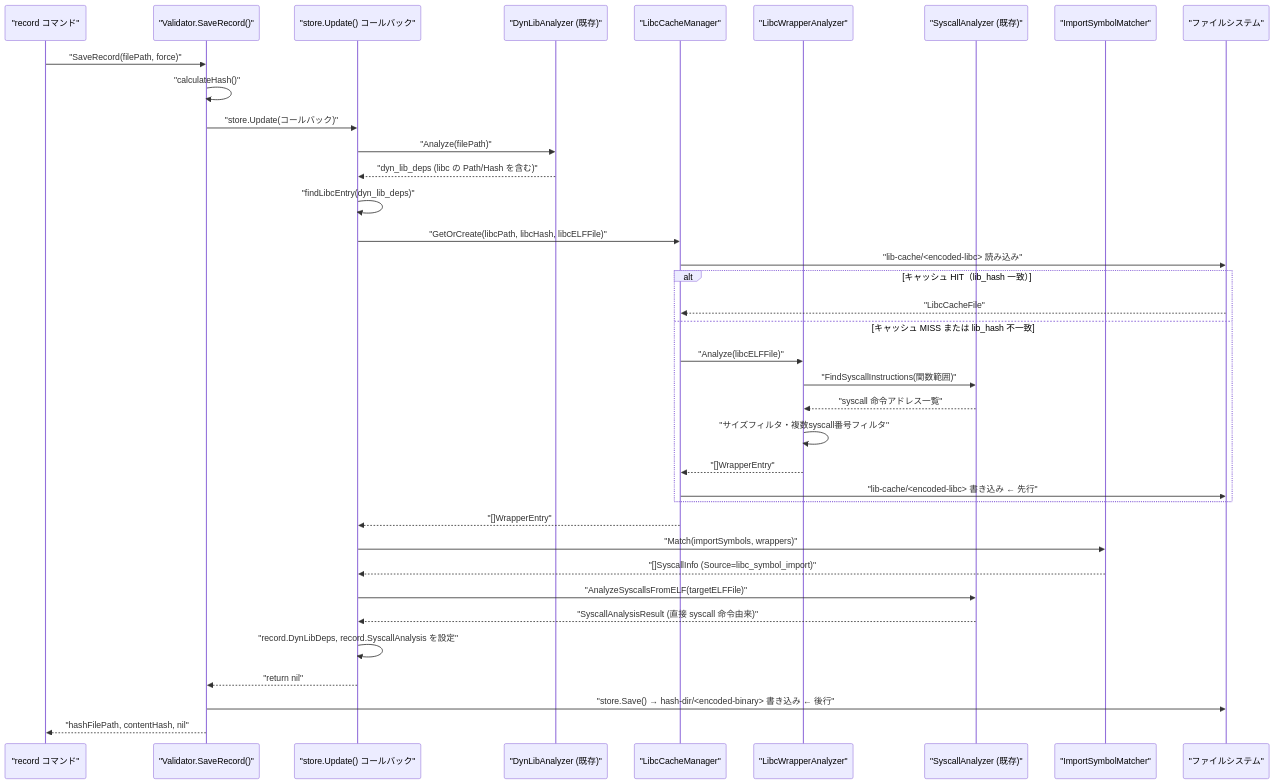
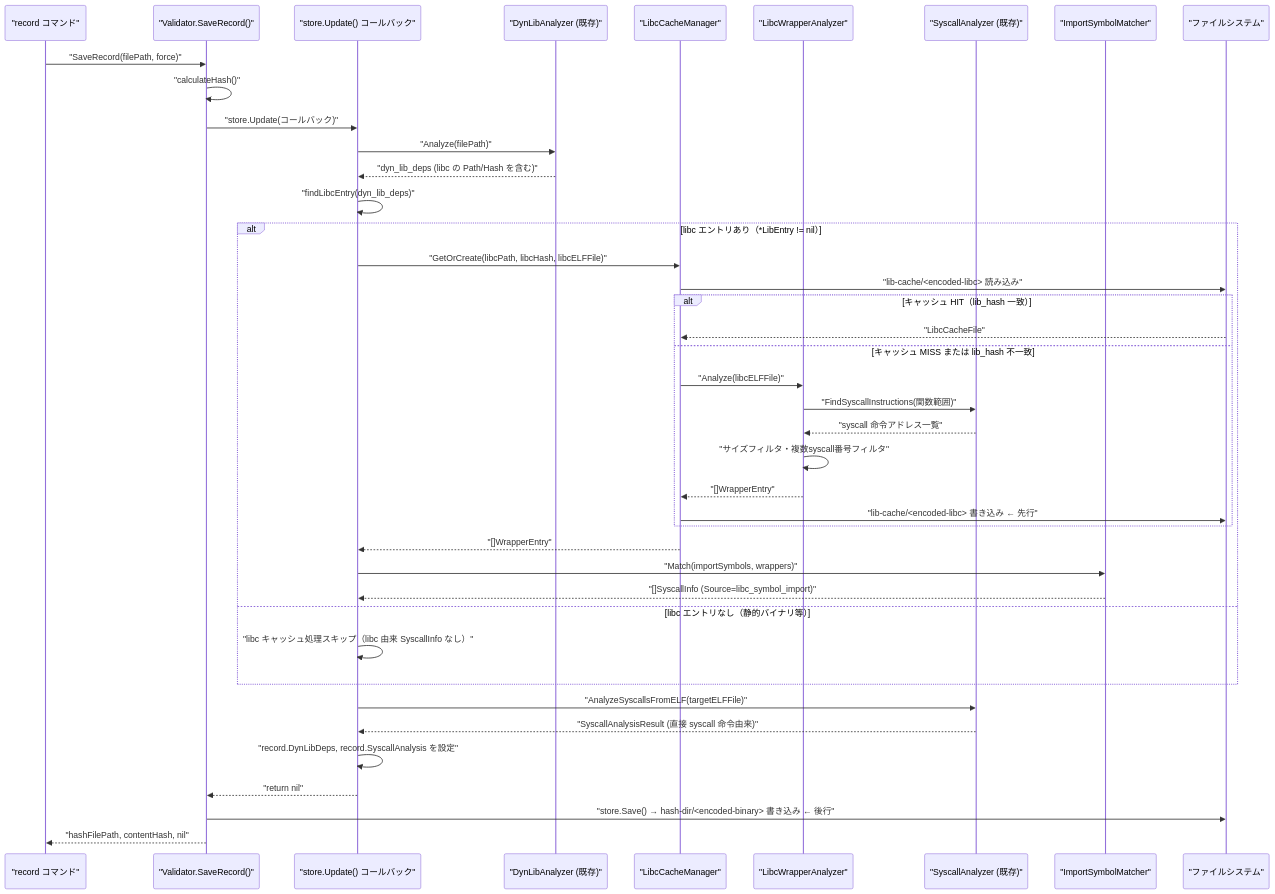
The fourth of 9 diagrams in docs/tasks/0079_libc_syscall_wrapper_cache/02_architecture.md (isseis/go-safe-cmd-runner), drawn with Mermaid before and after one commit. The commit also changed other lines of this file, not shown here.

First line of the commit message:
docs(tasks/0079): simplify findLibcEntry to return single *LibEntry

````diff
--- a/docs/tasks/0079_libc_syscall_wrapper_cache/02_architecture.md
+++ b/docs/tasks/0079_libc_syscall_wrapper_cache/02_architecture.md
@@ -120,40 +120,44 @@
 ```mermaid
 sequenceDiagram
     participant RC as "record コマンド"
     participant V as "Validator.SaveRecord()"
     participant CB as "store.Update() コールバック"
     participant DA as "DynLibAnalyzer (既存)"
     participant CM as "LibcCacheManager"
     participant WA as "LibcWrapperAnalyzer"
     participant SA as "SyscallAnalyzer (既存)"
     participant IM as "ImportSymbolMatcher"
     participant FS as "ファイルシステム"
 
     RC->>V: "SaveRecord(filePath, force)"
     V->>V: "calculateHash()"
     V->>CB: "store.Update(コールバック)"
     CB->>DA: "Analyze(filePath)"
     DA-->>CB: "dyn_lib_deps (libc の Path/Hash を含む)"
     CB->>CB: "findLibcEntry(dyn_lib_deps)"
-    CB->>CM: "GetOrCreate(libcPath, libcHash, libcELFFile)"
-    CM->>FS: "lib-cache/<encoded-libc> 読み込み"
-    alt キャッシュ HIT（lib_hash 一致）
-        FS-->>CM: "LibcCacheFile"
-    else キャッシュ MISS または lib_hash 不一致
-        CM->>WA: "Analyze(libcELFFile)"
-        WA->>SA: "FindSyscallInstructions(関数範囲)"
-        SA-->>WA: "syscall 命令アドレス一覧"
-        WA->>WA: "サイズフィルタ・複数syscall番号フィルタ"
-        WA-->>CM: "[]WrapperEntry"
-        CM->>FS: "lib-cache/<encoded-libc> 書き込み  ← 先行"
+    alt libc エントリあり（*LibEntry != nil）
+        CB->>CM: "GetOrCreate(libcPath, libcHash, libcELFFile)"
+        CM->>FS: "lib-cache/<encoded-libc> 読み込み"
+        alt キャッシュ HIT（lib_hash 一致）
+            FS-->>CM: "LibcCacheFile"
+        else キャッシュ MISS または lib_hash 不一致
+            CM->>WA: "Analyze(libcELFFile)"
+            WA->>SA: "FindSyscallInstructions(関数範囲)"
+            SA-->>WA: "syscall 命令アドレス一覧"
+            WA->>WA: "サイズフィルタ・複数syscall番号フィルタ"
+            WA-->>CM: "[]WrapperEntry"
+            CM->>FS: "lib-cache/<encoded-libc> 書き込み  ← 先行"
+        end
+        CM-->>CB: "[]WrapperEntry"
+        CB->>IM: "Match(importSymbols, wrappers)"
+        IM-->>CB: "[]SyscallInfo (Source=libc_symbol_import)"
+    else libc エントリなし（静的バイナリ等）
+        CB->>CB: "libc キャッシュ処理スキップ（libc 由来 SyscallInfo なし）"
     end
-    CM-->>CB: "[]WrapperEntry"
-    CB->>IM: "Match(importSymbols, wrappers)"
-    IM-->>CB: "[]SyscallInfo (Source=libc_symbol_import)"
     CB->>SA: "AnalyzeSyscallsFromELF(targetELFFile)"
     SA-->>CB: "SyscallAnalysisResult (直接 syscall 命令由来)"
     CB->>CB: "record.DynLibDeps, record.SyscallAnalysis を設定"
     CB-->>V: "return nil"
     V->>FS: "store.Save() → hash-dir/<encoded-binary> 書き込み  ← 後行"
     V-->>RC: "hashFilePath, contentHash, nil"
 ```
````
